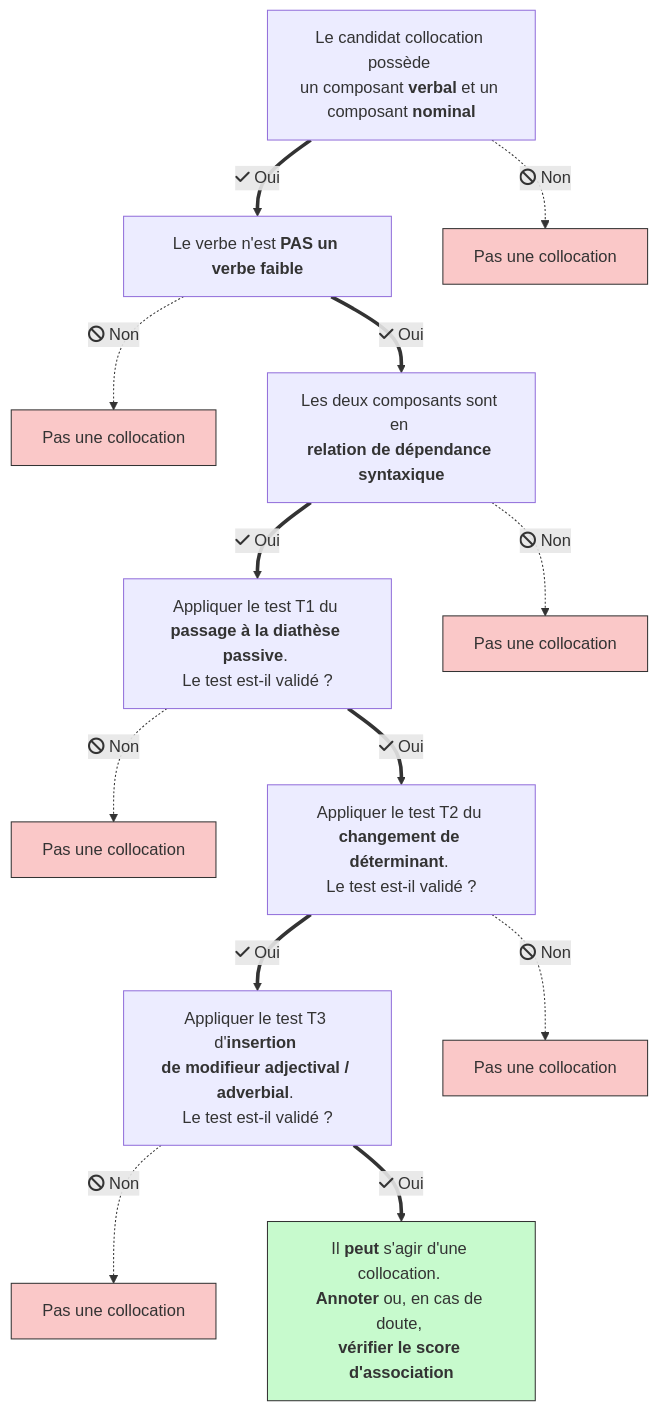
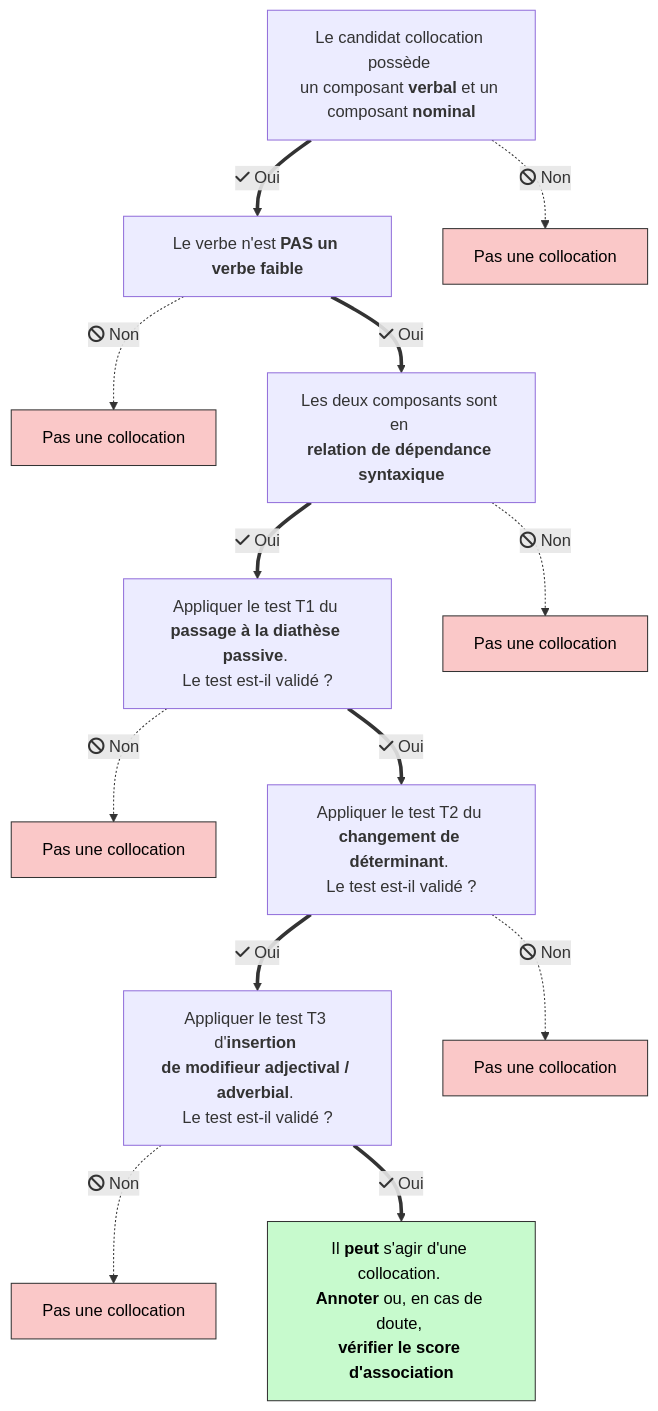
One commit to b-giordano/thesis_cpac changed the diagram in annotation_guidelines/guide_annot_cpac.md. Above: the diagram before and after it, drawn with Mermaid. The commit also changed other lines of this file, not shown here.

Commit message:
test mermaid in markdown

````diff
--- a/annotation_guidelines/guide_annot_cpac.md
+++ b/annotation_guidelines/guide_annot_cpac.md
@@ -141,35 +138,35 @@
 ```mermaid
 	graph TD
     A[Le candidat collocation possède <br>un composant <b>verbal</b> et un composant <b>nominal</b>]
     A ==fa:fa-check Oui==> B
     A -.fa:fa-ban Non.-> C
     B[Le verbe n'est <b>PAS un verbe faible</b>]
     C[Pas une collocation]
-    style C fill:#FAC8C8,stroke:#333,stroke-width:1px
+    style C fill:#FAC8C8,stroke:#333,stroke-width:1px,color:black;
     B -.fa:fa-ban Non.-> E
     B ==fa:fa-check Oui==> D
     D[Les deux composants sont en <br><b>relation de dépendance syntaxique</b>]
     E[Pas une collocation]
-    style E fill:#FAC8C8,stroke:#333,stroke-width:1px
+    style E fill:#FAC8C8,stroke:#333,stroke-width:1px,color:black;
     D ==fa:fa-check Oui==> F
     D -.fa:fa-ban Non.-> G
     G[Pas une collocation]
-    style G fill:#FAC8C8,stroke:#333,stroke-width:1px
+    style G fill:#FAC8C8,stroke:#333,stroke-width:1px,color:black;
     F[Appliquer le test T1 du <br><b>passage à la diathèse passive</b>. <br>Le test est-il validé ?]
     F -.fa:fa-ban Non.-> I
     F ==fa:fa-check Oui==> H
     I[Pas une collocation]
-    style I fill:#FAC8C8,stroke:#333,stroke-width:1px
+    style I fill:#FAC8C8,stroke:#333,stroke-width:1px,color:black;
     H[Appliquer le test T2 du <br><b>changement de déterminant</b>. <br>Le test est-il validé ?]
     H ==fa:fa-check Oui==> J
     H -.fa:fa-ban Non.-> K
     K[Pas une collocation]
-    style K fill:#FAC8C8,stroke:#333,stroke-width:1px
+    style K fill:#FAC8C8,stroke:#333,stroke-width:1px,color:black;
     J[Appliquer le test T3 d'<b>insertion <br>de modifieur adjectival / adverbial</b>. <br>Le test est-il validé ?]
     J -.fa:fa-ban Non.-> M
     J ==fa:fa-check Oui==> L
     M[Pas une collocation]
-    style M fill:#FAC8C8,stroke:#333,stroke-width:1px
+    style M fill:#FAC8C8,stroke:#333,stroke-width:1px,color:black;
     L[Il <b>peut</b> s'agir d'une collocation. <br><b>Annoter</b> ou, en cas de doute, <br><b>vérifier le score d'association</b>]
-    style L fill:#C7FACD,stroke:#333,stroke-width:1px
+    style L fill:#C7FACD,stroke:#333,stroke-width:1px,color:black;
 ```
````
